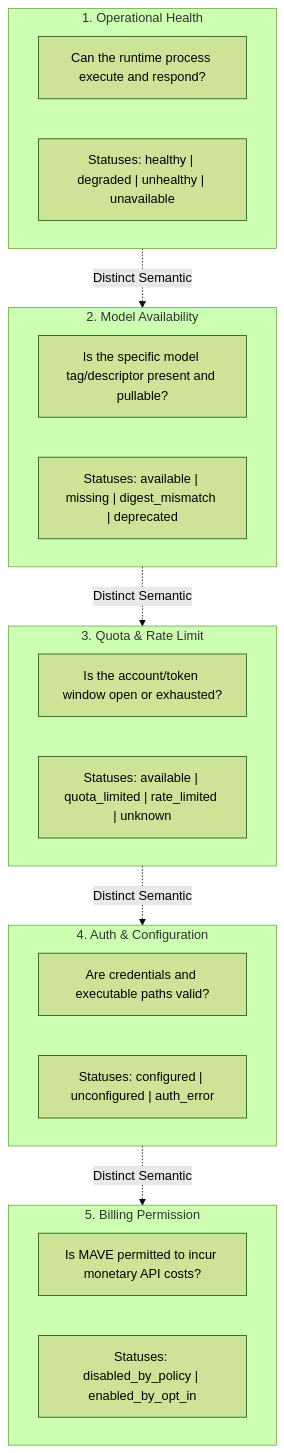
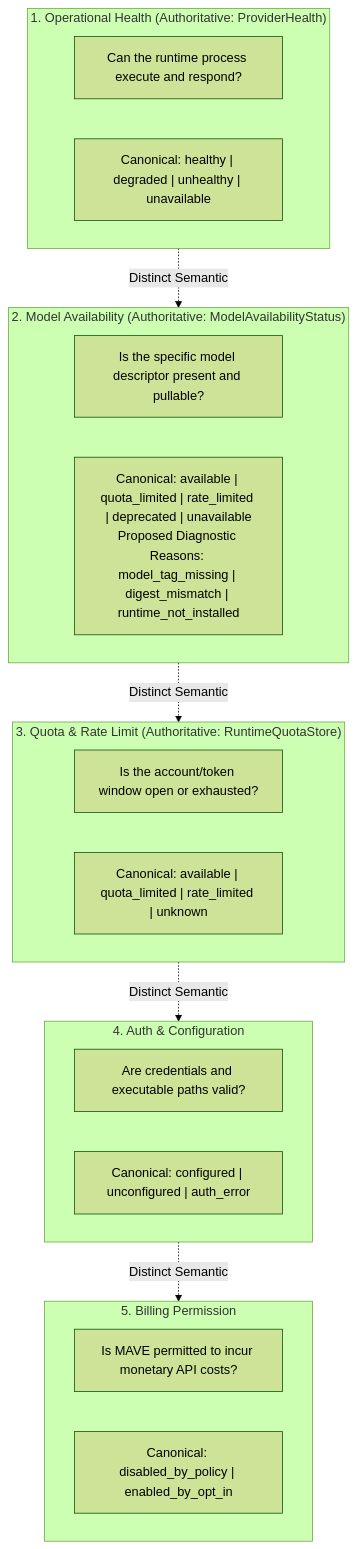
The sixth of 16 diagrams in docs/architecture/MAVE_F1_9_DIAGNOSTICS_RELIABILITY_ARCHITECTURE_AUDIT.md (Jeff7563/MAVE), drawn with Mermaid (forest theme) before and after one commit. The commit also changed other lines of this file, not shown here.

Commit message:
docs(intelligence): harden diagnostics reliability architecture

````diff
--- a/docs/architecture/MAVE_F1_9_DIAGNOSTICS_RELIABILITY_ARCHITECTURE_AUDIT.md
+++ b/docs/architecture/MAVE_F1_9_DIAGNOSTICS_RELIABILITY_ARCHITECTURE_AUDIT.md
@@ -334,32 +340,32 @@
 ```mermaid
 flowchart TD
-    subgraph OperationalHealth["1. Operational Health"]
+    subgraph OperationalHealth["1. Operational Health (Authoritative: ProviderHealth)"]
         H1["Can the runtime process execute and respond?"]
-        H2["Statuses: healthy | degraded | unhealthy | unavailable"]
+        H2["Canonical: healthy | degraded | unhealthy | unavailable"]
     end
 
-    subgraph ModelAvailability["2. Model Availability"]
-        M1["Is the specific model tag/descriptor present and pullable?"]
-        M2["Statuses: available | missing | digest_mismatch | deprecated"]
+    subgraph ModelAvailability["2. Model Availability (Authoritative: ModelAvailabilityStatus)"]
+        M1["Is the specific model descriptor present and pullable?"]
+        M2["Canonical: available | quota_limited | rate_limited | deprecated | unavailable<br/>Proposed Diagnostic Reasons: model_tag_missing | digest_mismatch | runtime_not_installed"]
     end
 
-    subgraph QuotaRateLimit["3. Quota & Rate Limit"]
+    subgraph QuotaRateLimit["3. Quota & Rate Limit (Authoritative: RuntimeQuotaStore)"]
         Q1["Is the account/token window open or exhausted?"]
-        Q2["Statuses: available | quota_limited | rate_limited | unknown"]
+        Q2["Canonical: available | quota_limited | rate_limited | unknown"]
     end
 
     subgraph AuthConfig["4. Auth & Configuration"]
         A1["Are credentials and executable paths valid?"]
-        A2["Statuses: configured | unconfigured | auth_error"]
+        A2["Canonical: configured | unconfigured | auth_error"]
     end
 
     subgraph BillingPermission["5. Billing Permission"]
         B1["Is MAVE permitted to incur monetary API costs?"]
-        B2["Statuses: disabled_by_policy | enabled_by_opt_in"]
+        B2["Canonical: disabled_by_policy | enabled_by_opt_in"]
     end
 
     OperationalHealth -.->|Distinct Semantic| ModelAvailability
     ModelAvailability -.->|Distinct Semantic| QuotaRateLimit
     QuotaRateLimit -.->|Distinct Semantic| AuthConfig
     AuthConfig -.->|Distinct Semantic| BillingPermission
 ```
````
